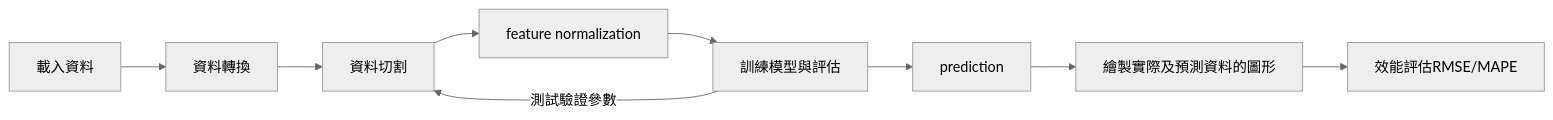
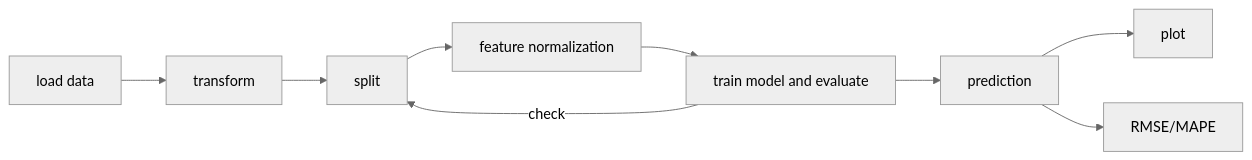
One commit to Ruby-Chu/raw_material_forecasting changed the diagram in README.md. Above: the diagram before and after it, drawn with Mermaid (neutral theme). The commit also changed other lines of this file and 2 other files, not shown here.

````diff
--- a/README.md
+++ b/README.md
@@ -3,5 +3,5 @@
 ``` mermaid
 flowchart LR;
-	1[載入資料] --> 2[資料轉換] --> 3[資料切割] --> 4[feature normalization] --> 5[訓練模型與評估] --> 6[prediction] --> 7[繪製實際及預測資料的圖形] --> 8[效能評估RMSE/MAPE];
-	5[訓練模型與評估] --測試驗證參數--> 3[資料切割];
+    1[load data] --> 2[transform] --> 3[split] --> 4[feature normalization] --> 5[train model and evaluate] --> 6[prediction] --> 7[plot] & 8[RMSE/MAPE];
+    5[train model and evaluate] --check--> 3[split];
 ```
````
